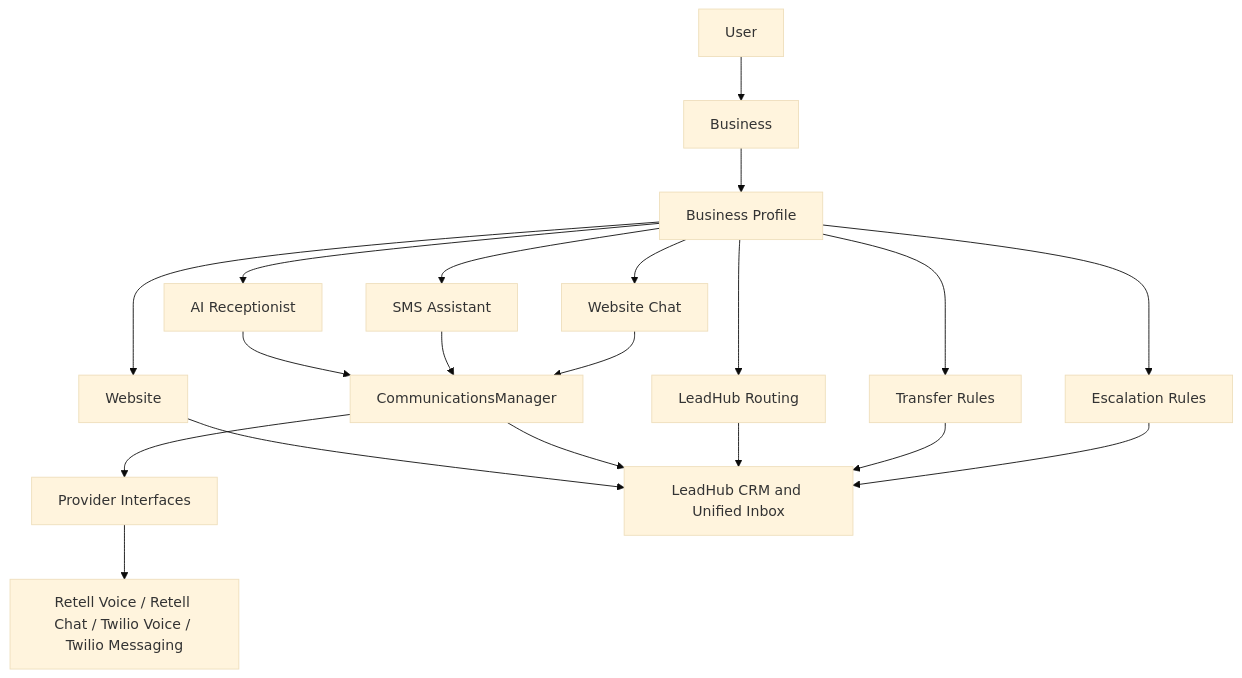
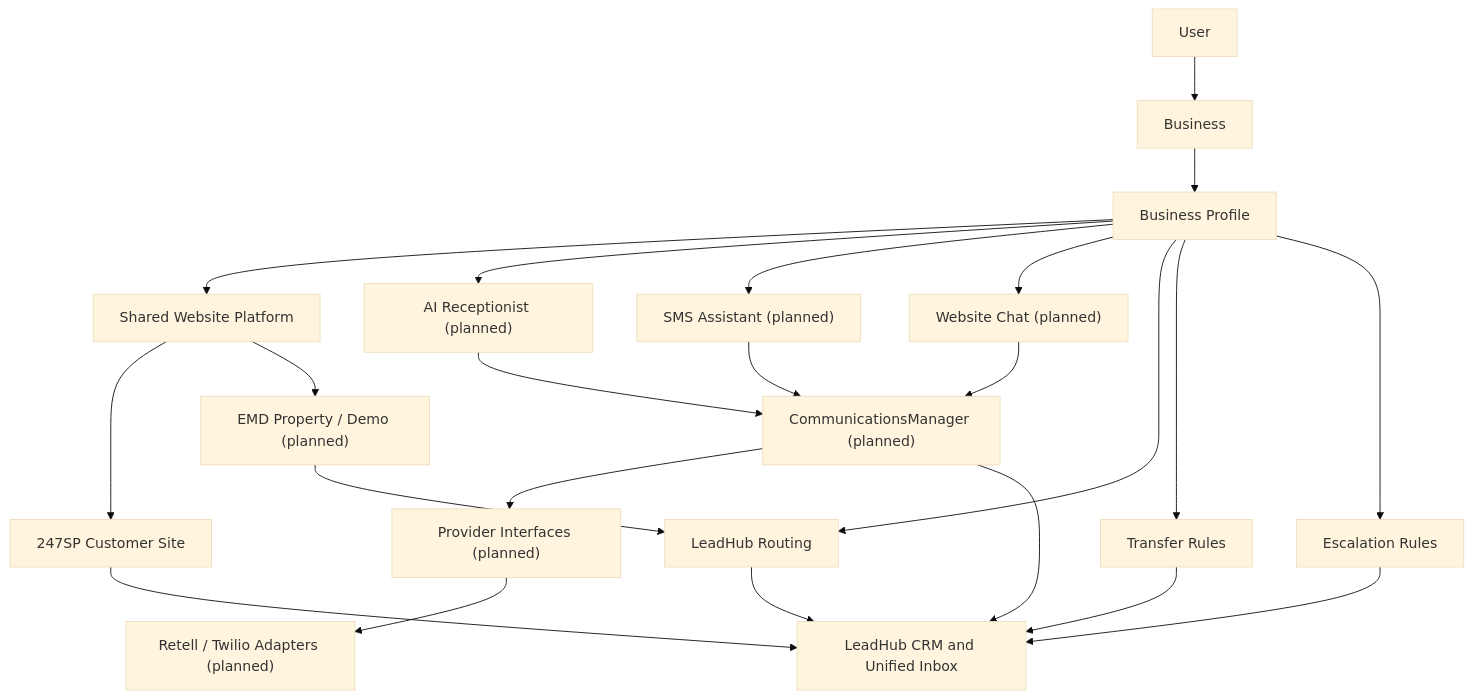
Before and after one commit to fvd8383/ultimate-back-office: the diagram in docs/product-structure.md, drawn with Mermaid (base theme). The commit also changed other lines of this file and 14 other files, not shown here.

Commit message:
Align 247SP product, pricing, EMD lifecycle, and roadmap

````diff
--- a/docs/product-structure.md
+++ b/docs/product-structure.md
@@ -134,37 +138,42 @@
 ```mermaid
 flowchart TD
   User["User"]
   Business["Business"]
   Profile["Business Profile"]
-  Website["Website"]
-  AIReceptionist["AI Receptionist"]
-  SMSAssistant["SMS Assistant"]
-  WebsiteChat["Website Chat"]
+  WebsitePlatform["Shared Website Platform"]
+  CustomerSite["247SP Customer Site"]
+  EmdSite["EMD Property / Demo (planned)"]
+  AIReceptionist["AI Receptionist (planned)"]
+  SMSAssistant["SMS Assistant (planned)"]
+  WebsiteChat["Website Chat (planned)"]
   Routing["LeadHub Routing"]
   Transfer["Transfer Rules"]
   Escalation["Escalation Rules"]
-  Comms["CommunicationsManager"]
-  Interfaces["Provider Interfaces"]
-  Providers["Retell Voice / Retell Chat / Twilio Voice / Twilio Messaging"]
+  Comms["CommunicationsManager (planned)"]
+  Interfaces["Provider Interfaces (planned)"]
+  Providers["Retell / Twilio Adapters (planned)"]
   LeadHub["LeadHub CRM and Unified Inbox"]
 
   User --> Business
   Business --> Profile
-  Profile --> Website
+  Profile --> WebsitePlatform
+  WebsitePlatform --> CustomerSite
+  WebsitePlatform --> EmdSite
   Profile --> AIReceptionist
   Profile --> SMSAssistant
   Profile --> WebsiteChat
   Profile --> Routing
   Profile --> Transfer
   Profile --> Escalation
   AIReceptionist --> Comms
   SMSAssistant --> Comms
   WebsiteChat --> Comms
   Comms --> Interfaces
   Interfaces --> Providers
-  Website --> LeadHub
+  CustomerSite --> LeadHub
+  EmdSite --> Routing
   Comms --> LeadHub
   Routing --> LeadHub
   Transfer --> LeadHub
   Escalation --> LeadHub
 ```
````
